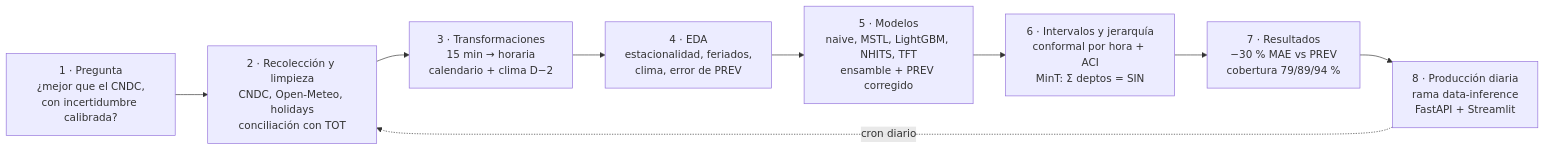
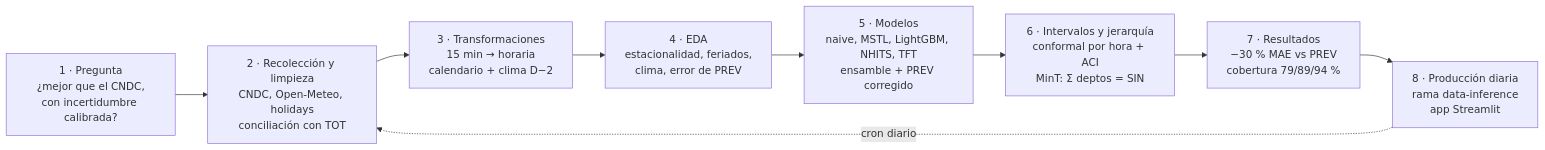
The first of 2 diagrams in README.md (freddxvill/forecast-energia-electrica-en-bolivia), drawn with Mermaid before and after one commit. The commit also changed other lines of this file, not shown here.

Commit message:
README: demo en Streamlit Cloud; la API queda como alternativa opcional

````diff
--- a/README.md
+++ b/README.md
@@ -37,11 +37,11 @@
 ```mermaid
 flowchart LR
   Q["1 · Pregunta<br/>¿mejor que el CNDC,<br/>con incertidumbre calibrada?"] --> R["2 · Recolección y limpieza<br/>CNDC, Open-Meteo, holidays<br/>conciliación con TOT"]
   R --> T["3 · Transformaciones<br/>15 min → horaria<br/>calendario + clima D−2"]
   T --> E["4 · EDA<br/>estacionalidad, feriados,<br/>clima, error de PREV"]
   E --> M["5 · Modelos<br/>naive, MSTL, LightGBM, NHITS, TFT<br/>ensamble + PREV corregido"]
   M --> U["6 · Intervalos y jerarquía<br/>conformal por hora + ACI<br/>MinT: Σ deptos = SIN"]
   U --> S["7 · Resultados<br/>−30 % MAE vs PREV<br/>cobertura 79/89/94 %"]
-  S --> P["8 · Producción diaria<br/>rama data-inference<br/>FastAPI + Streamlit"]
+  S --> P["8 · Producción diaria<br/>rama data-inference<br/>app Streamlit"]
   P -. cron diario .-> R
 ```
````
